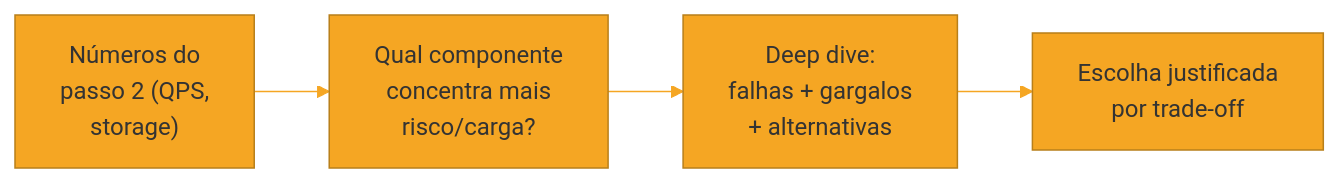
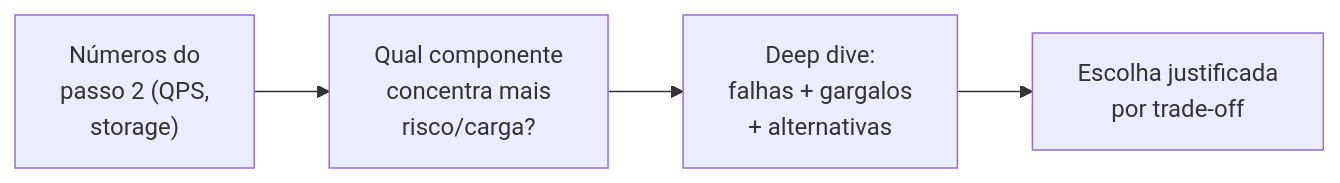
Before and after one commit to josenaldo/codex-technomanticus: the second of 2 diagrams in 03-Dominios/Engenharia/Arquitetura/System Design/1 - Framework de entrevista/05 - Do diagrama macro ao deep dive e trade-offs.md, drawn with Mermaid. The commit also changed other lines of this file and 1181 other files, not shown here.

First line of the commit message:
fix(diagramas): paleta do sistema no lugar de cor cravada no markdown

````diff
--- a/03-Dominios/Engenharia/Arquitetura/System Design/1 - Framework de entrevista/05 - Do diagrama macro ao deep dive e trade-offs.md
+++ b/03-Dominios/Engenharia/Arquitetura/System Design/1 - Framework de entrevista/05 - Do diagrama macro ao deep dive e trade-offs.md
@@ -98,7 +97,6 @@
 ```mermaid
-%%{init: {"theme": "base", "themeVariables": {"primaryColor": "#F5A623", "primaryBorderColor": "#B87F1A", "lineColor": "#F5A623"}}}%%
 graph LR
     N["Números do<br/>passo 2 (QPS,<br/>storage)"] --> R["Qual componente<br/>concentra mais<br/>risco/carga?"]
     R --> DD["Deep dive:<br/>falhas + gargalos<br/>+ alternativas"]
     DD --> ESC["Escolha justificada<br/>por trade-off"]
 ```
````
